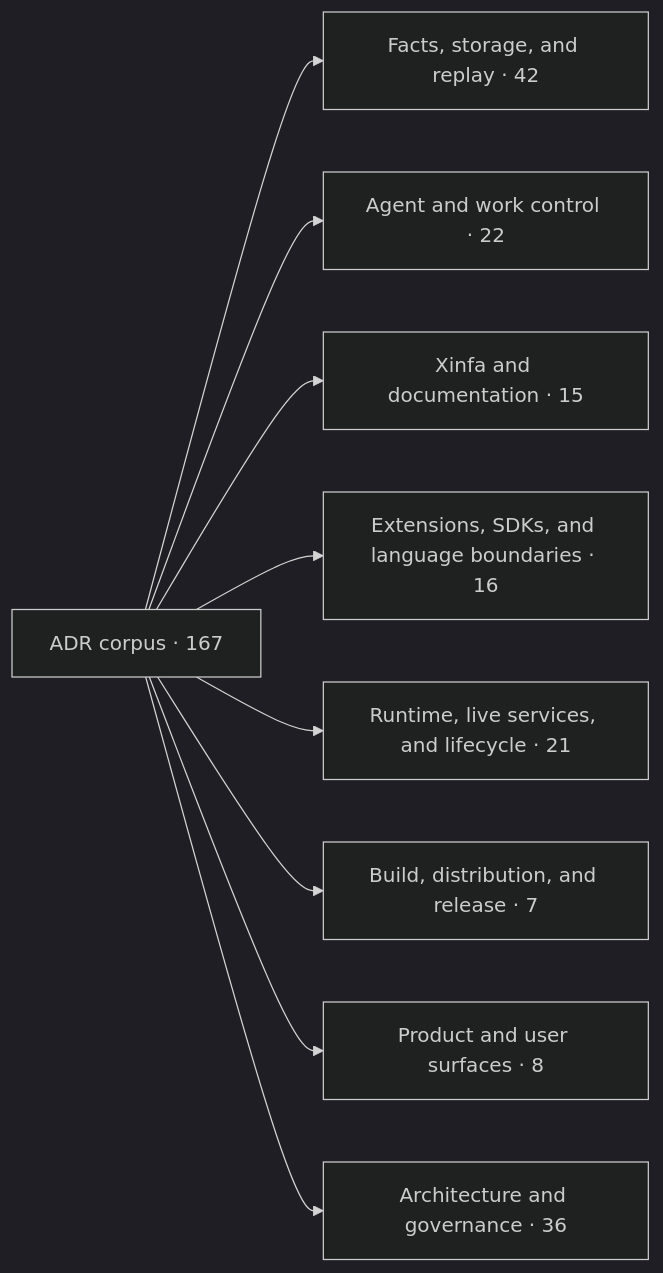
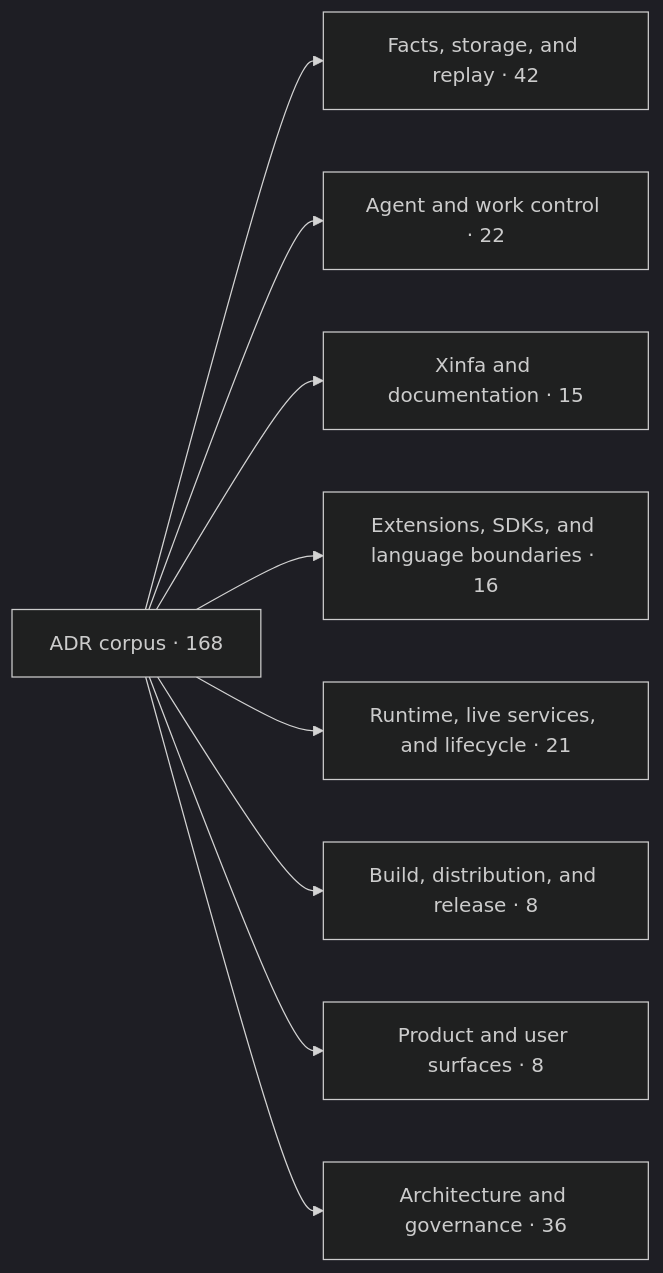
The first of 2 diagrams in docs/architecture/adr-map.md (PterX/kungfu), drawn with Mermaid (dark theme) before and after one commit. The commit also changed other lines of this file and 18 other files, not shown here.

````diff
--- a/docs/architecture/adr-map.md
+++ b/docs/architecture/adr-map.md
@@ -20,12 +20,12 @@
 ```mermaid
 flowchart LR
-  root["ADR corpus · 167"]
+  root["ADR corpus · 168"]
   root --> d0["Facts, storage, and replay · 42"]
   root --> d1["Agent and work control · 22"]
   root --> d2["Xinfa and documentation · 15"]
   root --> d3["Extensions, SDKs, and language boundaries · 16"]
   root --> d4["Runtime, live services, and lifecycle · 21"]
-  root --> d5["Build, distribution, and release · 7"]
+  root --> d5["Build, distribution, and release · 8"]
   root --> d6["Product and user surfaces · 8"]
   root --> d7["Architecture and governance · 36"]
 ```
````
